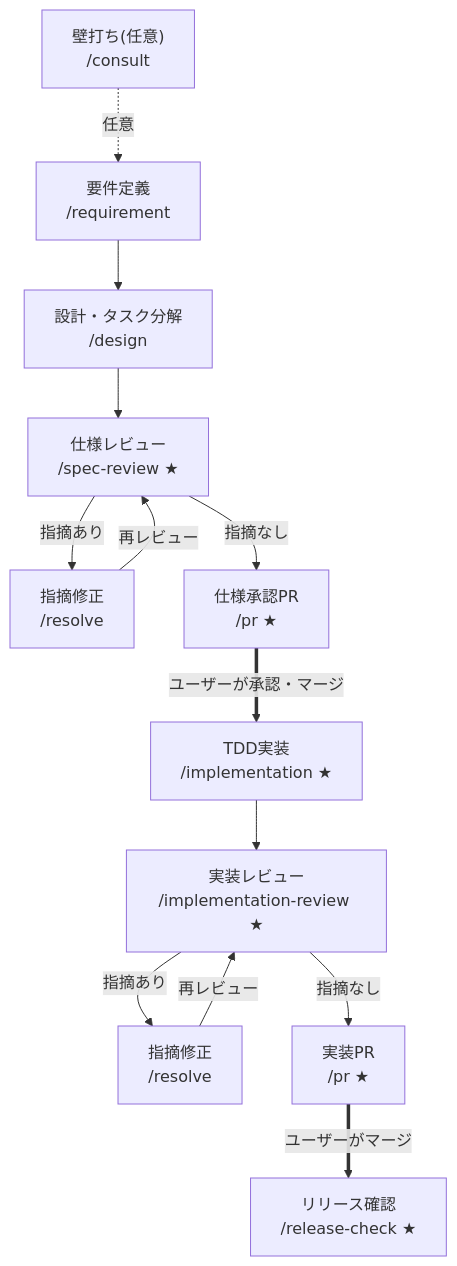
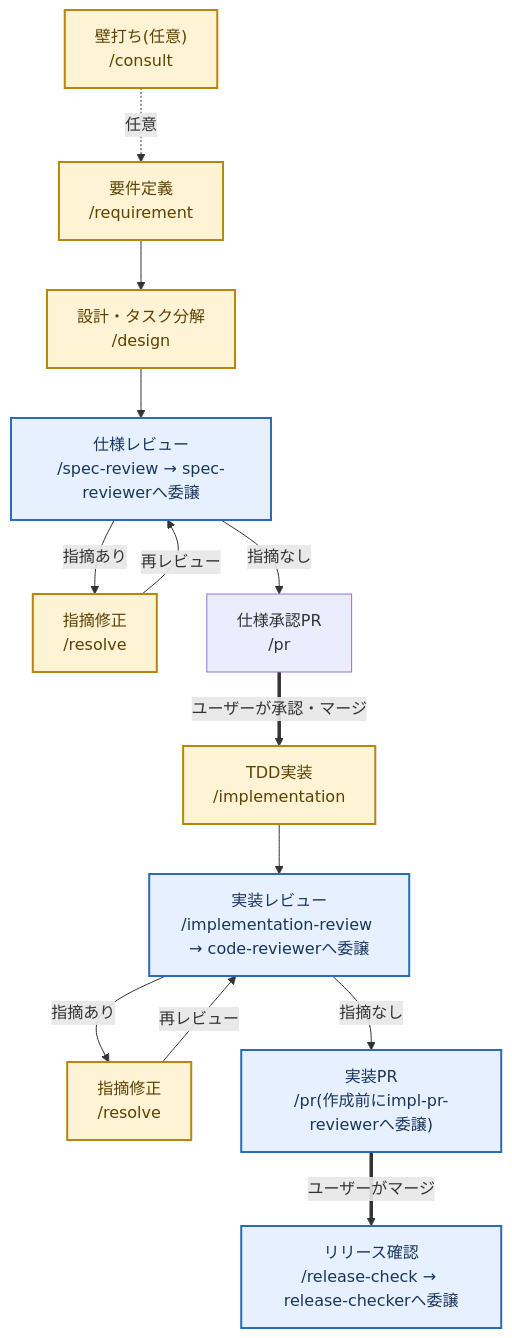
The first of 3 diagrams in docs/adr/0002-skill-agent-separation.md (zakiyama0108/benriyatool), drawn with Mermaid before and after one commit. The commit also changed other lines of this file and 9 other files, not shown here.

````diff
--- a/docs/adr/0002-skill-agent-separation.md
+++ b/docs/adr/0002-skill-agent-separation.md
@@ -51,27 +55,32 @@
 ```mermaid
 flowchart TD
     consult["壁打ち(任意)<br>/consult"]
     requirement["要件定義<br>/requirement"]
     design["設計・タスク分解<br>/design"]
-    specreview["仕様レビュー<br>/spec-review ★"]
+    specreview["仕様レビュー<br>/spec-review → spec-reviewerへ委譲"]
     resolve1["指摘修正<br>/resolve"]
-    prspec["仕様承認PR<br>/pr ★"]
-    implementation["TDD実装<br>/implementation ★"]
-    implreview["実装レビュー<br>/implementation-review ★"]
+    prspec["仕様承認PR<br>/pr"]
+    implementation["TDD実装<br>/implementation"]
+    implreview["実装レビュー<br>/implementation-review → code-reviewerへ委譲"]
     resolve2["指摘修正<br>/resolve"]
-    primpl["実装PR<br>/pr ★"]
-    release["リリース確認<br>/release-check ★"]
+    primpl["実装PR<br>/pr(作成前にimpl-pr-reviewerへ委譲)"]
+    release["リリース確認<br>/release-check → release-checkerへ委譲"]
 
     consult -.任意.-> requirement
     requirement --> design
     design --> specreview
     specreview -->|指摘あり| resolve1
     resolve1 -->|再レビュー| specreview
     specreview -->|指摘なし| prspec
     prspec ==>|ユーザーが承認・マージ| implementation
     implementation --> implreview
     implreview -->|指摘あり| resolve2
     resolve2 -->|再レビュー| implreview
     implreview -->|指摘なし| primpl
     primpl ==>|ユーザーがマージ| release
+
+    classDef dialogue fill:#fff3d6,stroke:#b8860b,stroke-width:2px,color:#5c4300;
+    classDef agent fill:#e6f0ff,stroke:#2b6cb8,stroke-width:2px,color:#1a365d;
+    class consult,requirement,design,resolve1,resolve2,implementation dialogue;
+    class specreview,implreview,primpl,release agent;
 ```
````
